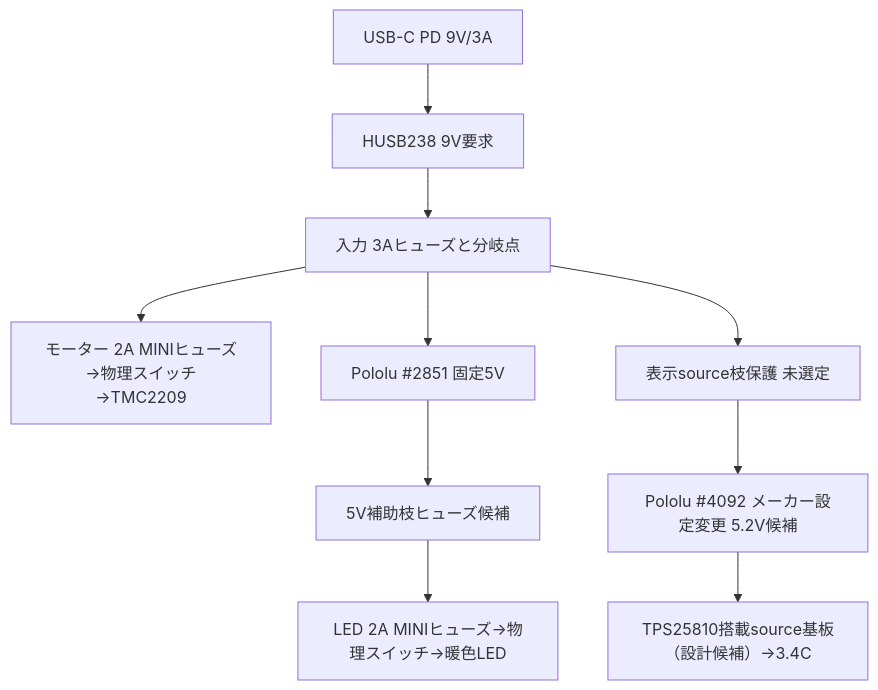
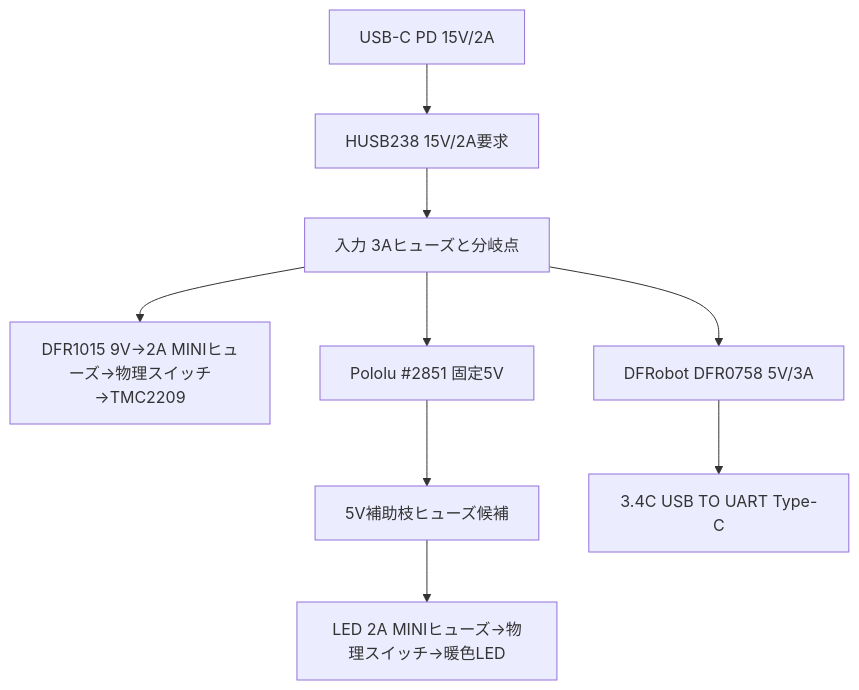
Before and after one commit to motomasa-honda/DialCanvas-SAS: the diagram in docs/10-desk-redesign/design-baseline-v0.21.md, drawn with Mermaid. The commit also changed other lines of this file and 50 other files, not shown here.

````diff
--- a/docs/10-desk-redesign/design-baseline-v0.21.md
+++ b/docs/10-desk-redesign/design-baseline-v0.21.md
@@ -101,12 +101,11 @@
 ```mermaid
 flowchart TD
-  A[USB-C PD 9V/3A] --> B[HUSB238 9V要求]
+  A[USB-C PD 15V/2A] --> B[HUSB238 15V/2A要求]
   B --> C[入力 3Aヒューズと分岐点]
-  C --> D[モーター 2A MINIヒューズ→物理スイッチ→TMC2209]
+  C --> D[DFR1015 9V→2A MINIヒューズ→物理スイッチ→TMC2209]
   C --> E[Pololu #2851 固定5V]
   E --> F[5V補助枝ヒューズ候補]
   F --> H[LED 2A MINIヒューズ→物理スイッチ→暖色LED]
-  C --> I[表示source枝保護 未選定]
-  I --> J[Pololu #4092 メーカー設定変更 5.2V候補]
-  J --> K[TPS25810搭載source基板（設計候補）→3.4C]
+  C --> I[DFRobot DFR0758 5V/3A]
+  I --> K[3.4C USB TO UART Type-C]
 ```
````
